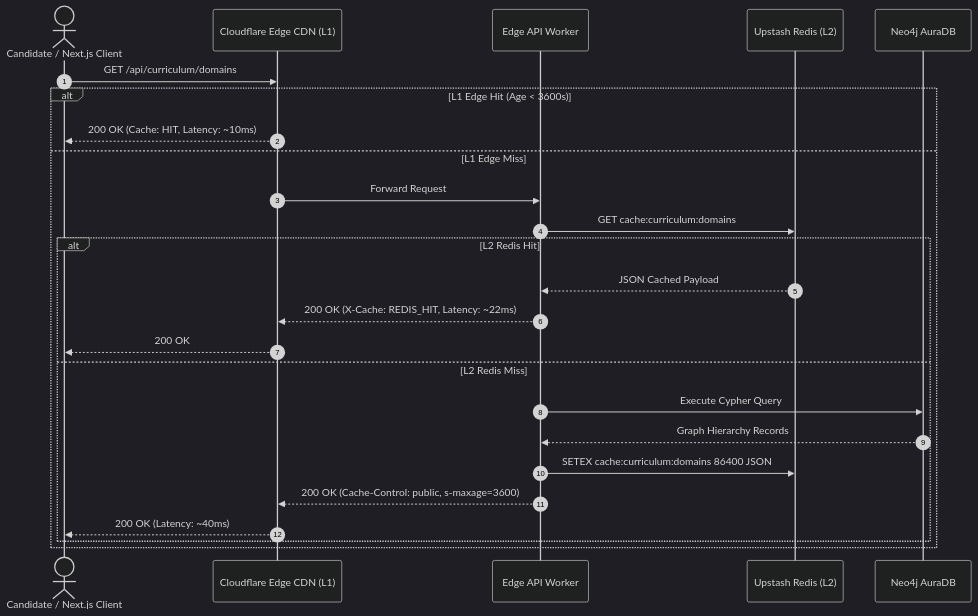
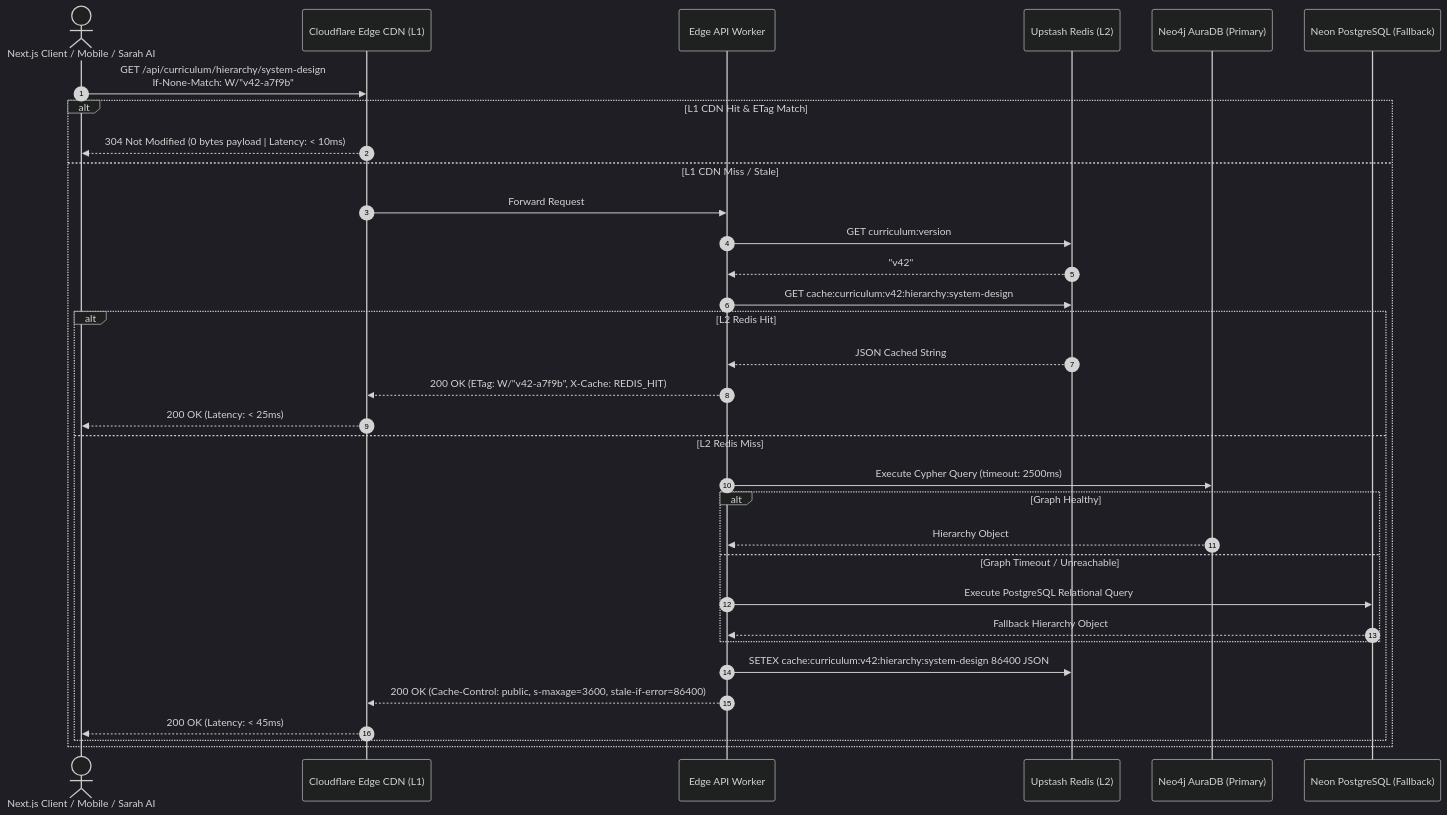
Before and after one commit to imsauravsingh/prepinminutes-backend: the second of 2 diagrams in docs/CURRICULUM_API_AND_EDGE_GATEWAY_SPEC.md, drawn with Mermaid (dark theme). The commit also changed other lines of this file, not shown here.

Commit message:
docs: revise CURRICULUM_API_AND_EDGE_GATEWAY_SPEC to v1.1.0 with common contracts and versioned caching

````diff
--- a/docs/CURRICULUM_API_AND_EDGE_GATEWAY_SPEC.md
+++ b/docs/CURRICULUM_API_AND_EDGE_GATEWAY_SPEC.md
@@ -324,28 +259,36 @@
 ```mermaid
 sequenceDiagram
   autonumber
-  actor Candidate as Candidate / Next.js Client
-  participant Edge as Cloudflare Edge CDN (L1)
+  actor Client as Next.js Client / Mobile / Sarah AI
+  participant CDN as Cloudflare Edge CDN (L1)
   participant Worker as Edge API Worker
   participant Redis as Upstash Redis (L2)
-  participant Graph as Neo4j AuraDB
+  participant Graph as Neo4j AuraDB (Primary)
+  participant DB as Neon PostgreSQL (Fallback)
 
-  Candidate->>Edge: GET /api/curriculum/domains
-  alt L1 Edge Hit (Age < 3600s)
-    Edge-->>Candidate: 200 OK (Cache: HIT, Latency: ~10ms)
-  else L1 Edge Miss
-    Edge->>Worker: Forward Request
-    Worker->>Redis: GET cache:curriculum:domains
+  Client->>CDN: GET /api/curriculum/hierarchy/system-design<br/>If-None-Match: W/"v42-a7f9b"
+  alt L1 CDN Hit & ETag Match
+    CDN-->>Client: 304 Not Modified (0 bytes payload | Latency: < 10ms)
+  else L1 CDN Miss / Stale
+    CDN->>Worker: Forward Request
+    Worker->>Redis: GET curriculum:version
+    Redis-->>Worker: "v42"
+    Worker->>Redis: GET cache:curriculum:v42:hierarchy:system-design
     alt L2 Redis Hit
-      Redis-->>Worker: JSON Cached Payload
-      Worker-->>Edge: 200 OK (X-Cache: REDIS_HIT, Latency: ~22ms)
-      Edge-->>Candidate: 200 OK
+      Redis-->>Worker: JSON Cached String
+      Worker-->>CDN: 200 OK (ETag: W/"v42-a7f9b", X-Cache: REDIS_HIT)
+      CDN-->>Client: 200 OK (Latency: < 25ms)
     else L2 Redis Miss
-      Worker->>Graph: Execute Cypher Query
-      Graph-->>Worker: Graph Hierarchy Records
-      Worker->>Redis: SETEX cache:curriculum:domains 86400 JSON
-      Worker-->>Edge: 200 OK (Cache-Control: public, s-maxage=3600)
-      Edge-->>Candidate: 200 OK (Latency: ~40ms)
+      Worker->>Graph: Execute Cypher Query (timeout: 2500ms)
+      alt Graph Healthy
+        Graph-->>Worker: Hierarchy Object
+      else Graph Timeout / Unreachable
+        Worker->>DB: Execute PostgreSQL Relational Query
+        DB-->>Worker: Fallback Hierarchy Object
+      end
+      Worker->>Redis: SETEX cache:curriculum:v42:hierarchy:system-design 86400 JSON
+      Worker-->>CDN: 200 OK (Cache-Control: public, s-maxage=3600, stale-if-error=86400)
+      CDN-->>Client: 200 OK (Latency: < 45ms)
     end
   end
 ```
````
